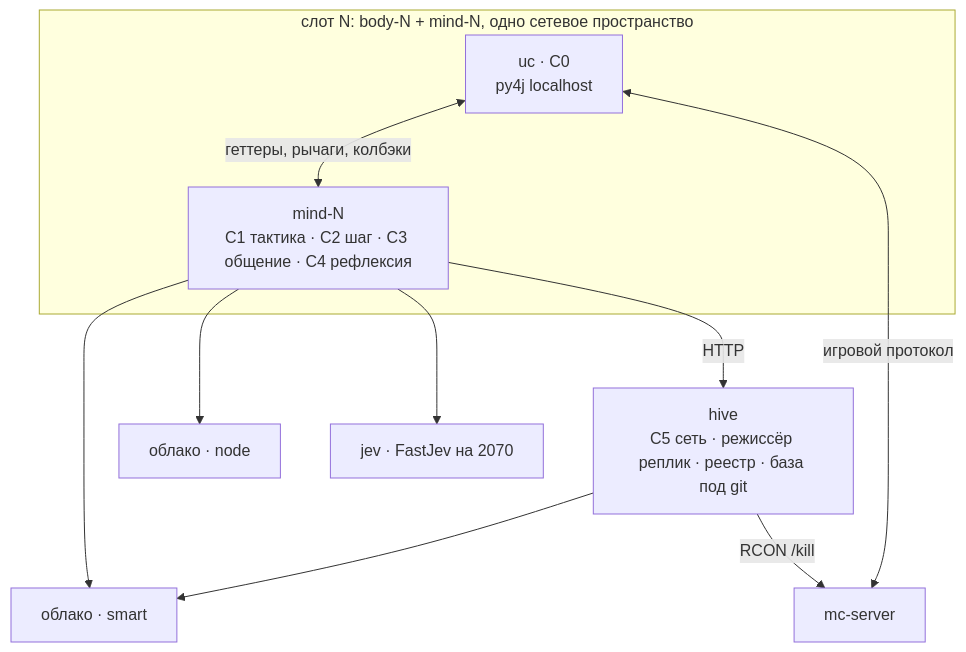
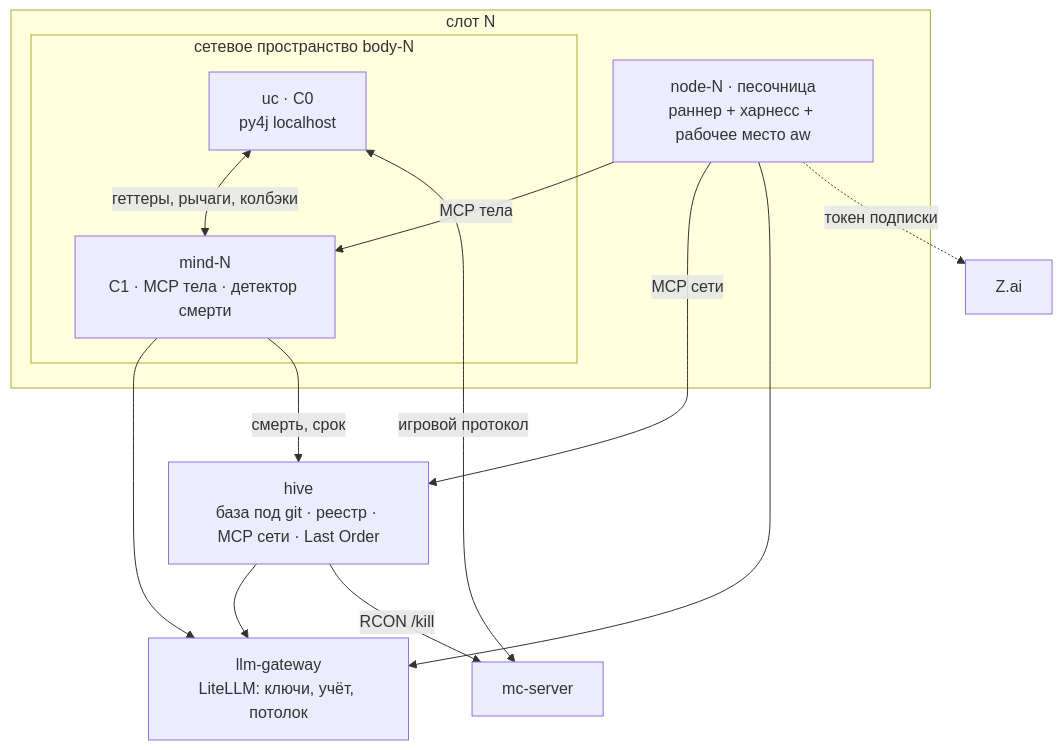
One commit to ZeusThunderer/lastorder changed the first of 2 diagrams in docs/architecture/NETWORK.md. Above: the diagram before and after it, drawn with Mermaid. The commit also changed other lines of this file and 24 other files, not shown here.

First line of the commit message:
docs: agent-in-harness architecture — ADR-032..037, NETWORK.md v2, new tasks T-024..T-032

````diff
--- a/docs/architecture/NETWORK.md
+++ b/docs/architecture/NETWORK.md
@@ -36,20 +35,23 @@
 ```mermaid
 flowchart TB
-    subgraph SLOT["слот N: body-N + mind-N, одно сетевое пространство"]
-        UC["uc · C0<br/>py4j localhost"]
-        MIND["mind-N<br/>C1 тактика · C2 шаг · C3 общение · C4 рефлексия"]
-        UC <-->|"геттеры, рычаги, колбэки"| MIND
+    subgraph SLOT["слот N"]
+        subgraph NS["сетевое пространство body-N"]
+            UC["uc · C0<br/>py4j localhost"]
+            MIND["mind-N<br/>C1 · MCP тела · детектор смерти"]
+            UC <-->|"геттеры, рычаги, колбэки"| MIND
+        end
+        NODE["node-N · песочница<br/>раннер + харнесс + рабочее место aw"]
+        NODE -->|"MCP тела"| MIND
     end
-    HIVE["hive<br/>C5 сеть · режиссёр реплик · реестр · база под git"]
+    HIVE["hive<br/>база под git · реестр · MCP сети · Last Order"]
+    GW["llm-gateway<br/>LiteLLM: ключи, учёт, потолок"]
     MC["mc-server"]
-    NODE["облако · node"]
-    SMART["облако · smart"]
-    JEV["jev · FastJev на 2070"]
-    MIND -->|HTTP| HIVE
-    MIND --> NODE
-    MIND --> SMART
-    MIND --> JEV
-    HIVE --> SMART
+    NODE -->|"MCP сети"| HIVE
+    NODE --> GW
+    NODE -.->|"токен подписки"| ZAI["Z.ai"]
+    MIND --> GW
+    HIVE --> GW
+    MIND -->|"смерть, срок"| HIVE
     HIVE -->|"RCON /kill"| MC
     UC <-->|"игровой протокол"| MC
 ```
````
